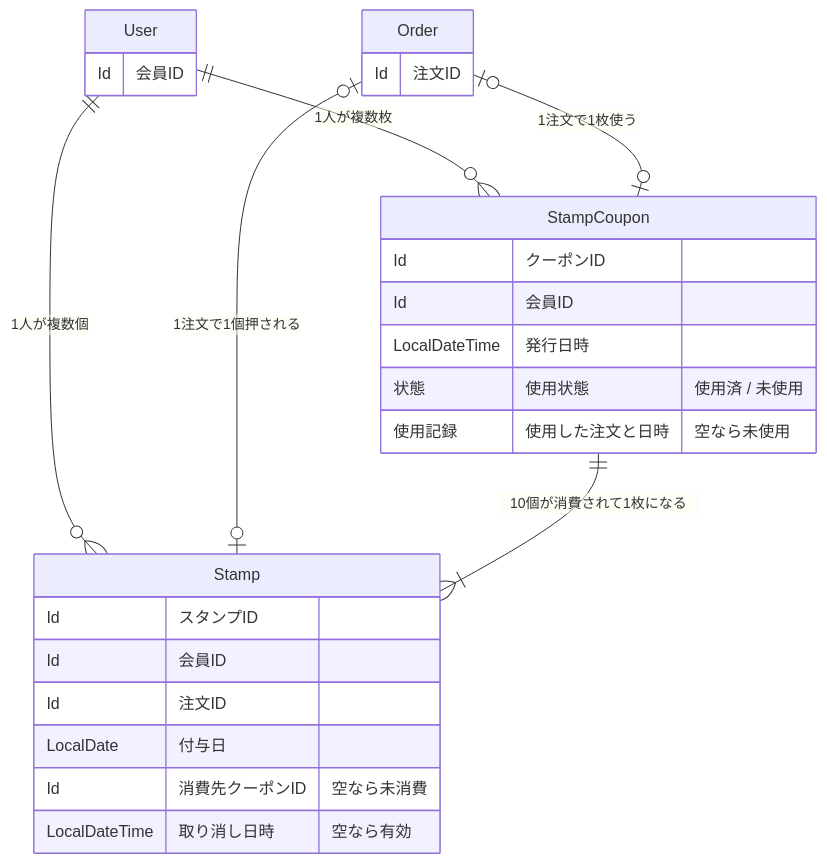
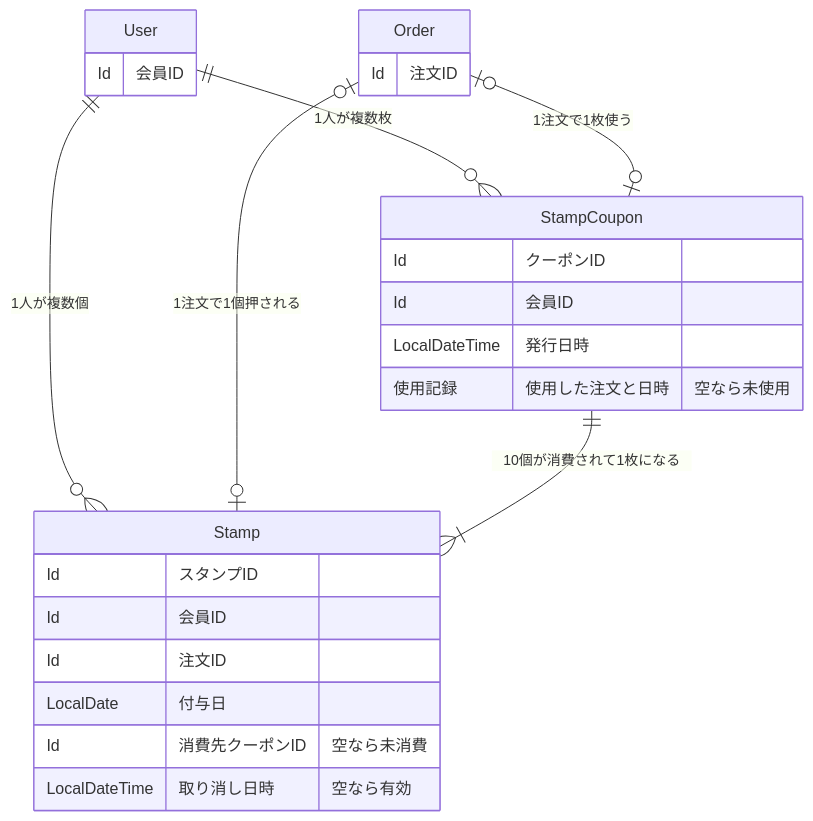
One commit to uekan-source/education-book-scala-app changed the diagram in docs/domain/stampCard/03_design.md. Above: the diagram before and after it, drawn with Mermaid. The commit also changed other lines of this file and 2 other files, not shown here.

````diff
--- a/docs/domain/stampCard/03_design.md
+++ b/docs/domain/stampCard/03_design.md
@@ -16,30 +41,29 @@
 ```mermaid
 erDiagram
-    User            ||--o{ Stamp       : "1人が複数個"
-    User            ||--o{ StampCoupon : "1人が複数枚"
-    Order           |o--o| Stamp       : "1注文で1個押される"
-    StampCoupon     ||--|{ Stamp       : "10個が消費されて1枚になる"
-    Order           |o--o| StampCoupon : "1注文で1枚使う"
+    User        ||--o{ Stamp       : "1人が複数個"
+    User        ||--o{ StampCoupon : "1人が複数枚"
+    Order       |o--o| Stamp       : "1注文で1個押される"
+    StampCoupon ||--|{ Stamp       : "10個が消費されて1枚になる"
+    Order       |o--o| StampCoupon : "1注文で1枚使う"
 
     User {
         Id 会員ID
     }
     Order {
         Id 注文ID
     }
     Stamp {
         Id スタンプID
         Id 会員ID
         Id 注文ID
         LocalDate 付与日
         Id 消費先クーポンID "空なら未消費"
         LocalDateTime 取り消し日時 "空なら有効"
     }
     StampCoupon {
         Id クーポンID
         Id 会員ID
         LocalDateTime 発行日時
-        状態 使用状態 "使用済 / 未使用"
         使用記録 使用した注文と日時 "空なら未使用"
     }
 ```
````
